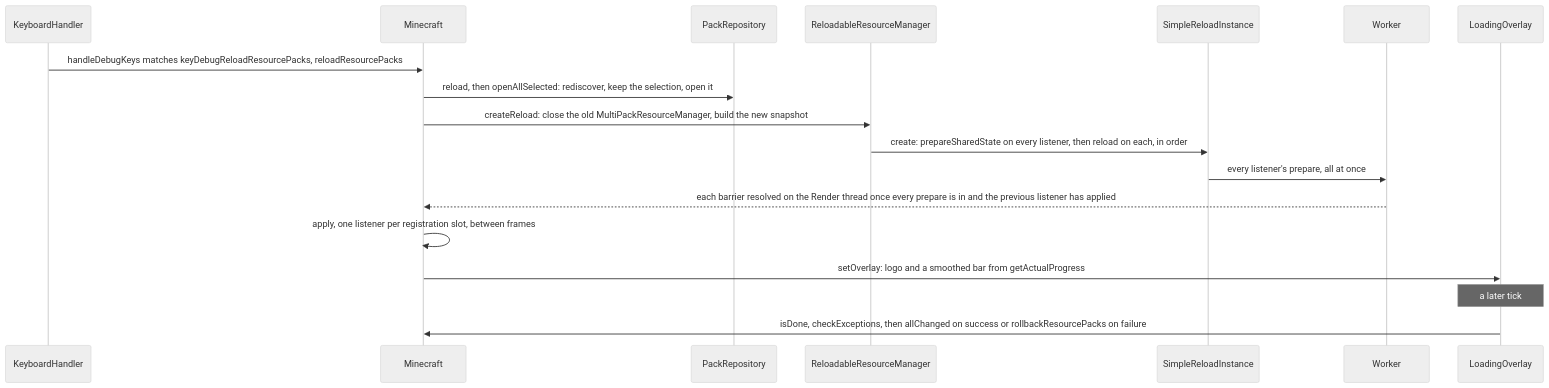
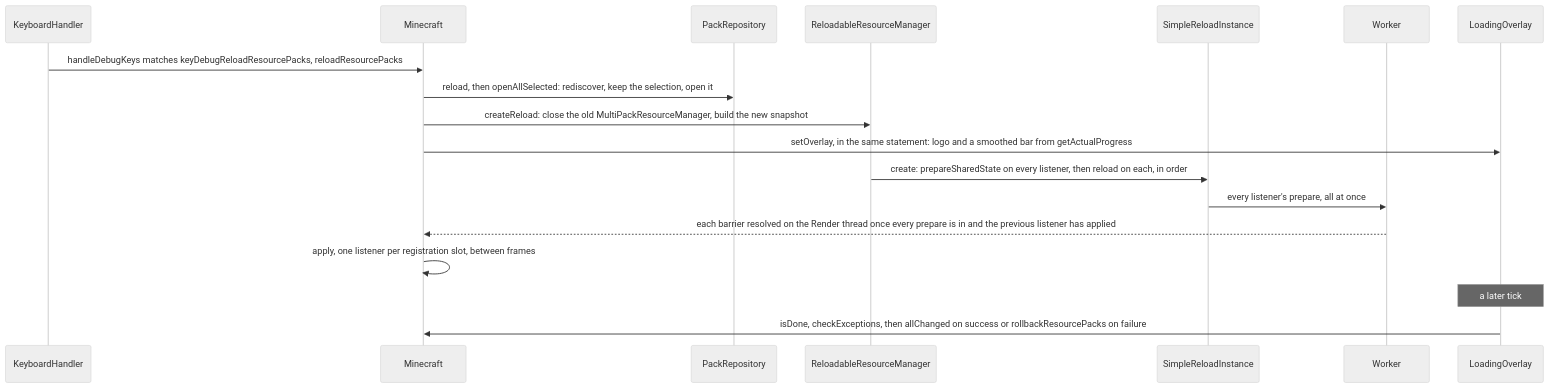
The third of 3 diagrams in src/systems/foundations/resource-system.md (AlexanderjFraser/MinecraftDocs), drawn with Mermaid (neutral theme) before and after one commit. The commit also changed other lines of this file and 16 other files, not shown here.

````diff
--- a/src/systems/foundations/resource-system.md
+++ b/src/systems/foundations/resource-system.md
@@ -294,21 +300,21 @@
 ```mermaid
 sequenceDiagram
     participant KH as KeyboardHandler
     participant MC as Minecraft
     participant PR as PackRepository
     participant RRM as ReloadableResourceManager
     participant SRI as SimpleReloadInstance
     participant Worker as Worker
     participant LO as LoadingOverlay
 
     KH->>MC: handleDebugKeys matches keyDebugReloadResourcePacks, reloadResourcePacks
     MC->>PR: reload, then openAllSelected: rediscover, keep the selection, open it
     MC->>RRM: createReload: close the old MultiPackResourceManager, build the new snapshot
+    MC->>LO: setOverlay, in the same statement: logo and a smoothed bar from getActualProgress
     RRM->>SRI: create: prepareSharedState on every listener, then reload on each, in order
     SRI->>Worker: every listener's prepare, all at once
     Worker-->>MC: each barrier resolved on the Render thread once every prepare is in and the previous listener has applied
     MC->>MC: apply, one listener per registration slot, between frames
-    MC->>LO: setOverlay: logo and a smoothed bar from getActualProgress
     Note over LO: a later tick
     LO->>MC: isDone, checkExceptions, then allChanged on success or rollbackResourcePacks on failure
 ```
````
